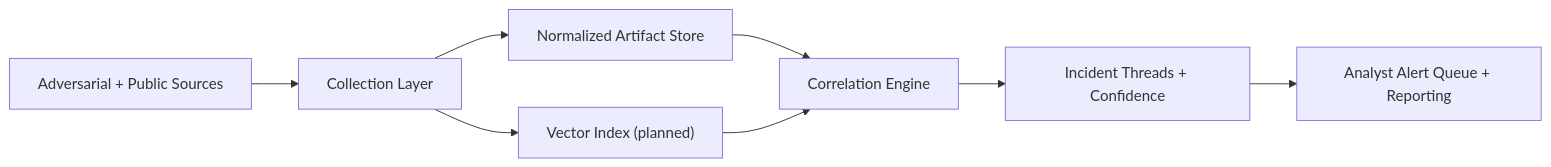
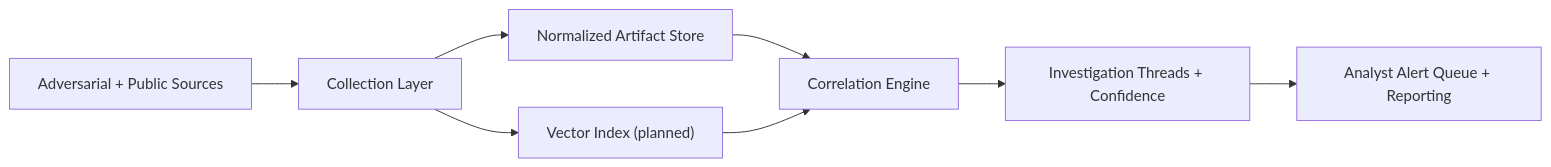
One commit to wksprojects/protective-intelligence-assistant changed the second of 2 diagrams in README.md. Above: the diagram before and after it, drawn with Mermaid. The commit also changed other lines of this file and 9 other files, not shown here.

````diff
--- a/README.md
+++ b/README.md
@@ -186,10 +197,10 @@
 ```mermaid
 flowchart LR
     A["Adversarial + Public Sources"] --> B["Collection Layer"]
     B --> C["Normalized Artifact Store"]
     B --> D["Vector Index (planned)"]
     C --> E["Correlation Engine"]
     D --> E
-    E --> F["Incident Threads + Confidence"]
+    E --> F["Investigation Threads + Confidence"]
     F --> G["Analyst Alert Queue + Reporting"]
 ```
````
